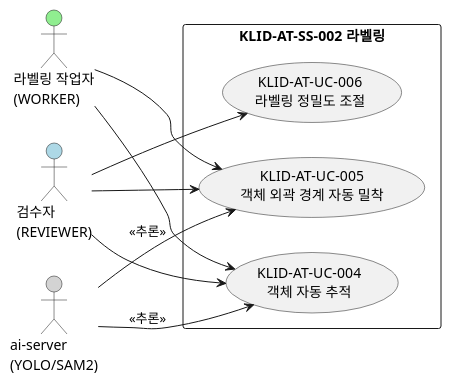
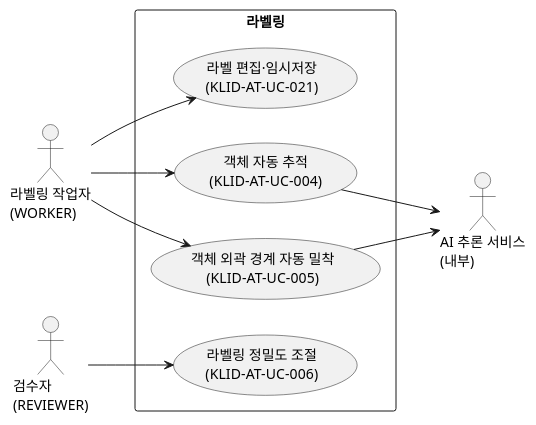
Before and after one commit to New-stella/klid-label: the second of 5 diagrams in docs/design/R2-유스케이스명세서.md, drawn with PlantUML. The commit also changed other lines of this file and 7 other files, not shown here.

````diff
--- a/docs/design/R2-유스케이스명세서.md
+++ b/docs/design/R2-유스케이스명세서.md
@@ -93,24 +75,21 @@
 ```plantuml
-@startuml KLID-AT-UCD-002
+@startuml
 left to right direction
 skinparam packageStyle rectangle
-
-actor "라벨링 작업자\n(WORKER)" as WORKER #LightGreen
-actor "검수자\n(REVIEWER)" as REVIEWER #LightBlue
-actor "ai-server\n(YOLO/SAM2)" as AISERVER #LightGray
-
-rectangle "KLID-AT-SS-002 라벨링" {
-  usecase "KLID-AT-UC-004\n객체 자동 추적" as UC004
-  usecase "KLID-AT-UC-005\n객체 외곽 경계 자동 밀착" as UC005
-  usecase "KLID-AT-UC-006\n라벨링 정밀도 조절" as UC006
+actor "라벨링 작업자\n(WORKER)" as WORKER
+actor "검수자\n(REVIEWER)" as REVIEWER
+actor "AI 추론 서비스\n(내부)" as AI
+rectangle "라벨링" {
+  usecase "라벨 편집·임시저장\n(KLID-AT-UC-021)" as UC21
+  usecase "객체 자동 추적\n(KLID-AT-UC-004)" as UC4
+  usecase "객체 외곽 경계 자동 밀착\n(KLID-AT-UC-005)" as UC5
+  usecase "라벨링 정밀도 조절\n(KLID-AT-UC-006)" as UC6
 }
-
-WORKER --> UC004
-WORKER --> UC005
-REVIEWER --> UC004
-REVIEWER --> UC005
-REVIEWER --> UC006
-AISERVER --> UC004 : <<추론>>
-AISERVER --> UC005 : <<추론>>
+WORKER --> UC21
+WORKER --> UC4
+WORKER --> UC5
+REVIEWER --> UC6
+UC4 --> AI
+UC5 --> AI
 @enduml
 ```
````
